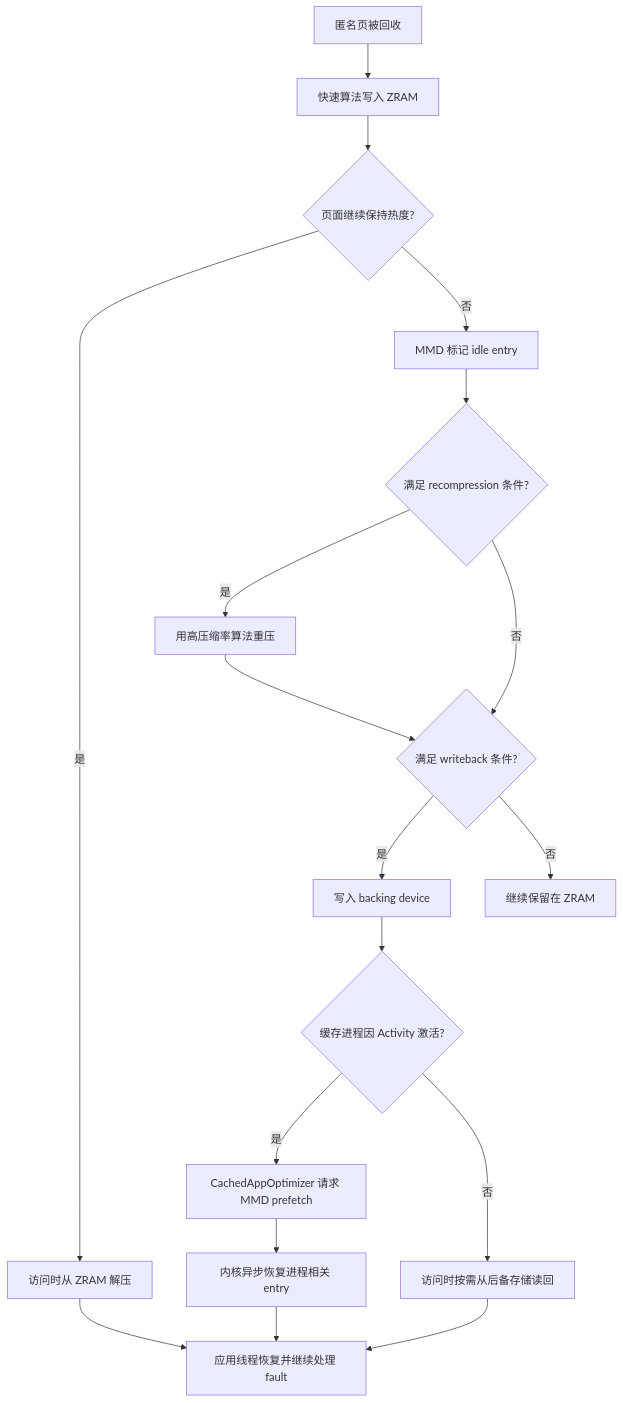
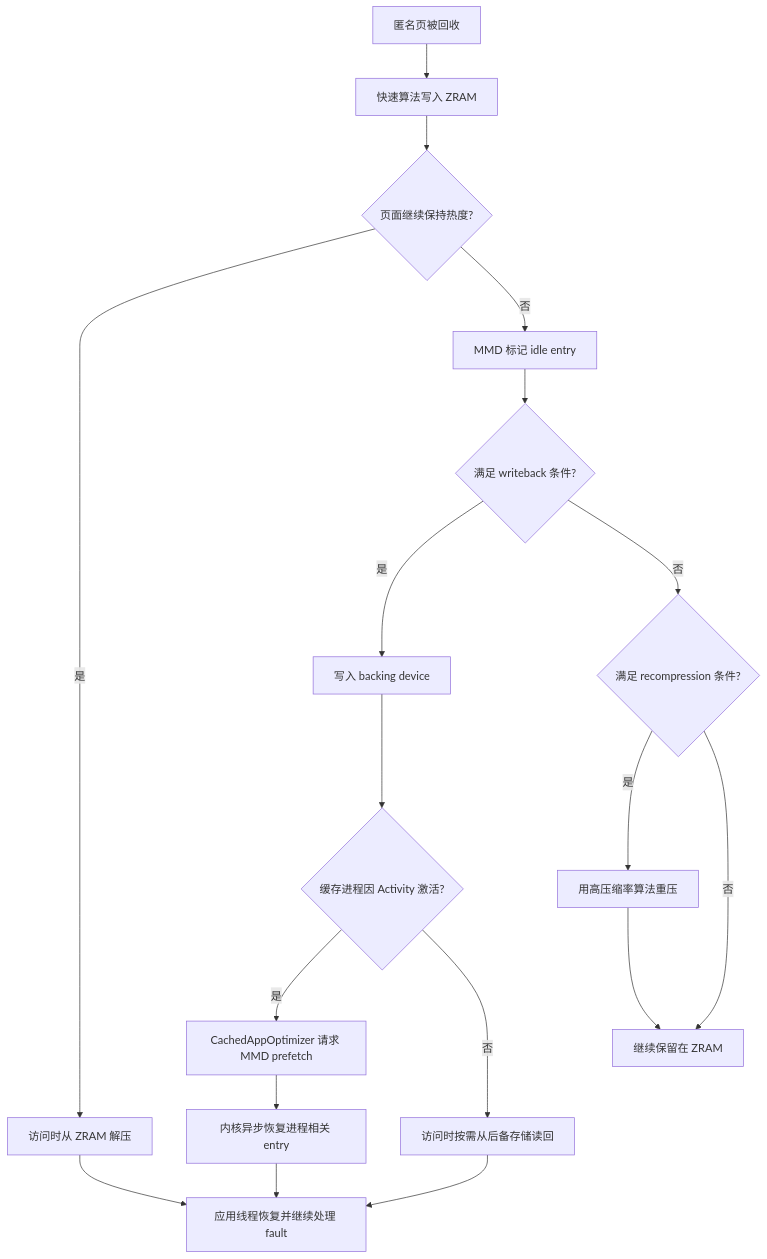
One commit to Gracker/android-internals-wiki changed the diagram in src/part1-fundamentals/ch04-memory/08-zram-compressed-swap-relaunch.md. Above: the diagram before and after it, drawn with Mermaid. The commit also changed other lines of this file and 5 other files, not shown here.

````diff
--- a/src/part1-fundamentals/ch04-memory/08-zram-compressed-swap-relaunch.md
+++ b/src/part1-fundamentals/ch04-memory/08-zram-compressed-swap-relaunch.md
@@ -135,20 +146,20 @@
 ```mermaid
 flowchart TD
     A["匿名页被回收"] --> B["快速算法写入 ZRAM"]
     B --> C{"页面继续保持热度?"}
     C -->|是| D["访问时从 ZRAM 解压"]
     C -->|否| E["MMD 标记 idle entry"]
-    E --> F{"满足 recompression 条件?"}
+    E --> H{"满足 writeback 条件?"}
+    H -->|是| I["写入 backing device"]
+    H -->|否| F{"满足 recompression 条件?"}
     F -->|是| G["用高压缩率算法重压"]
-    F -->|否| H{"满足 writeback 条件?"}
-    G --> H
-    H -->|是| I["写入 backing device"]
-    H -->|否| J["继续保留在 ZRAM"]
+    F -->|否| J["继续保留在 ZRAM"]
+    G --> J
     I --> K{"缓存进程因 Activity 激活?"}
     K -->|是| L["CachedAppOptimizer 请求 MMD prefetch"]
     K -->|否| M["访问时按需从后备存储读回"]
     L --> N["内核异步恢复进程相关 entry"]
     N --> O["应用线程恢复并继续处理 fault"]
     D --> O
     M --> O
 ```
````
